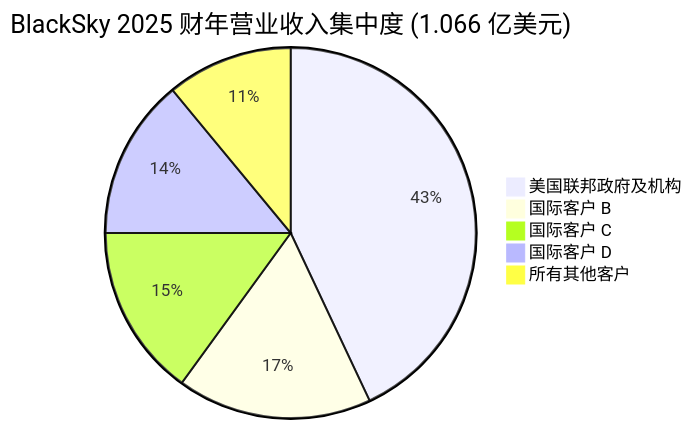
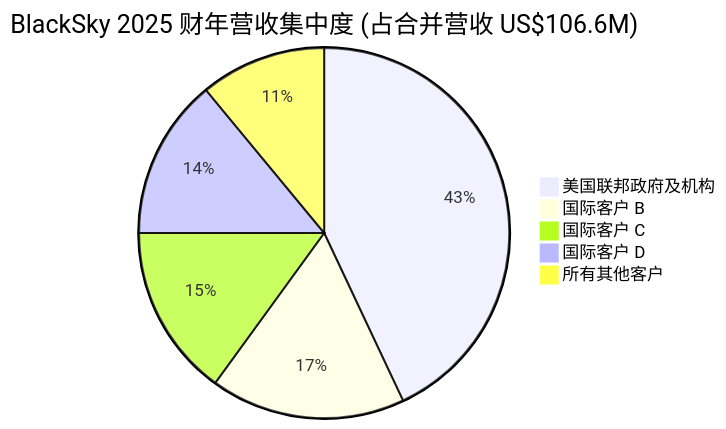
The third of 6 diagrams in reports/company/BlackSky_NYSE_BKSY/BlackSky_NYSE_BKSY_公司研究.md (dadachundan/financial_agent), drawn with Mermaid before and after one commit. The commit also changed other lines of this file and 9 other files, not shown here.

````diff
--- a/reports/company/BlackSky_NYSE_BKSY/BlackSky_NYSE_BKSY_公司研究.md
+++ b/reports/company/BlackSky_NYSE_BKSY/BlackSky_NYSE_BKSY_公司研究.md
@@ -229,8 +687,8 @@
 ```mermaid
-pie title BlackSky 2025 财年营业收入集中度 (1.066 亿美元)
+pie title BlackSky 2025 财年营收集中度 (占合并营收 US$106.6M)
     "美国联邦政府及机构" : 43
     "国际客户 B" : 17
     "国际客户 C" : 15
     "国际客户 D" : 14
     "所有其他客户" : 11
 ```
````
